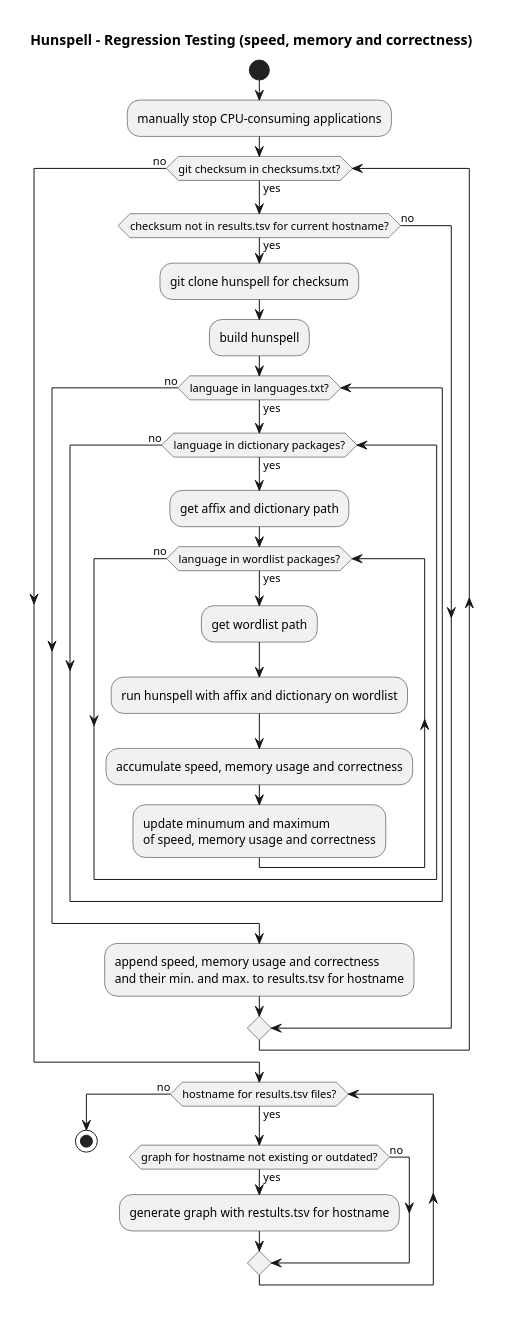
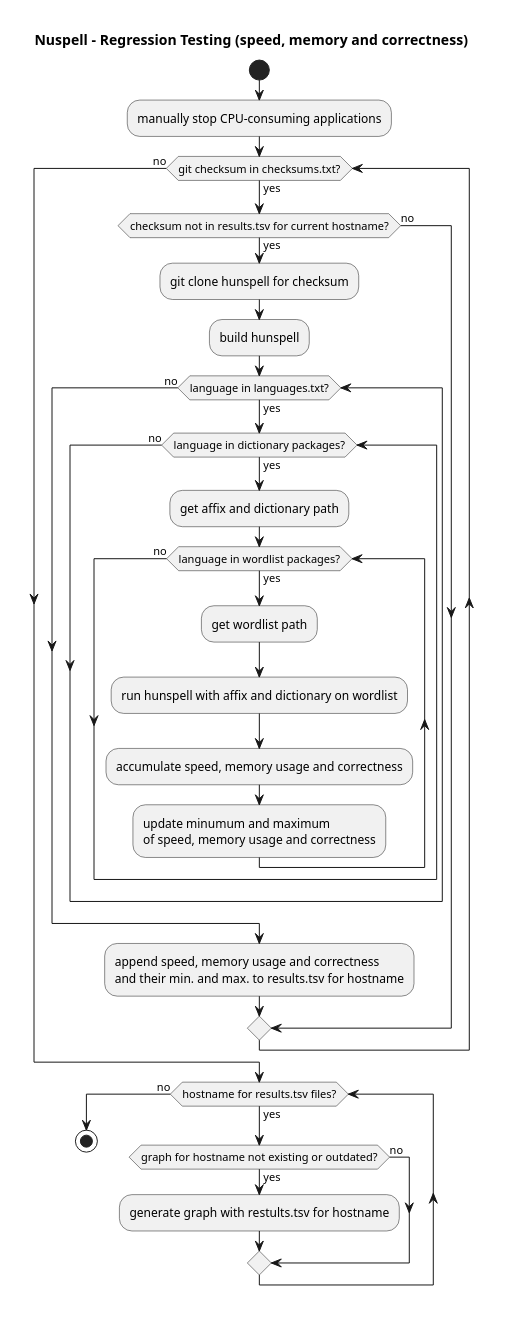
One commit to nuspell/misc-nuspell changed the diagram in uml/plantuml/regression-testing-activity-diagram.pu. Above: the diagram before and after it, drawn with PlantUML. The commit also changed 47 other files, not shown here.

```diff
--- a/uml/plantuml/regression-testing-activity-diagram.pu
+++ b/uml/plantuml/regression-testing-activity-diagram.pu
@@ -1,35 +1,35 @@
 @startuml
 skinparam backgroundcolor White|White
 
-title Hunspell - Regression Testing (speed, memory and correctness)
+title Nuspell - Regression Testing (speed, memory and correctness)
 
 start
 :manually stop CPU-consuming applications;
 while (git checksum in checksums.txt?) is (yes)
 	if (checksum not in results.tsv for current hostname?) then (yes)
 		:git clone hunspell for checksum;
 		:build hunspell;
 		while (language in languages.txt?) is (yes)
 			while (language in dictionary packages?) is (yes)
 				:get affix and dictionary path;
 				while (language in wordlist packages?) is (yes)
 					:get wordlist path;
 					:run hunspell with affix and dictionary on wordlist;
 					:accumulate speed, memory usage and correctness;
 					:update minumum and maximum\nof speed, memory usage and correctness;
 				endwhile (no)
 			endwhile (no)
 		endwhile (no)
 		:append speed, memory usage and correctness\nand their min. and max. to results.tsv for hostname;
 	else (no)
 	endif
 endwhile (no)
 while (hostname for results.tsv files?) is (yes)
 	if (graph for hostname not existing or outdated?) then (yes)
 		:generate graph with restults.tsv for hostname;
 	else (no)
 	endif
 endwhile (no)
 stop
 
 @enduml
```
